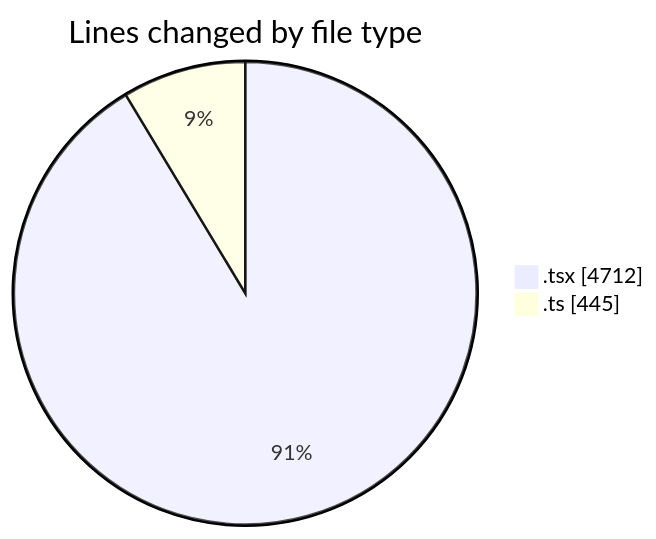
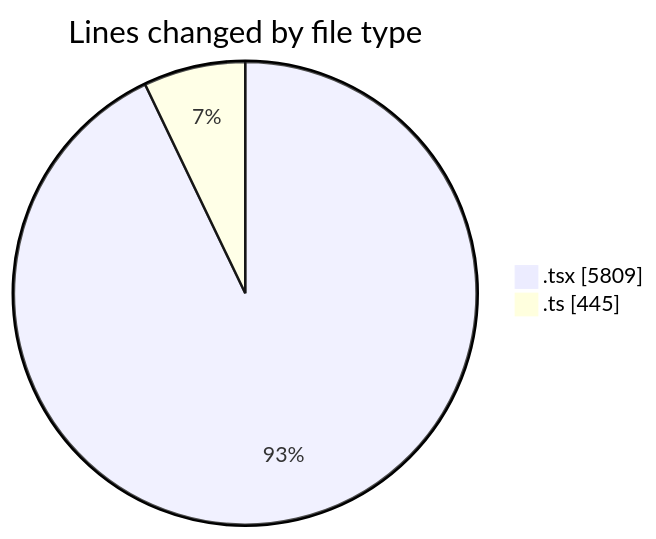
Before and after one commit to momahboobian/code-tracking: the first of 2 diagrams in 2025-09-24/cda/README.md, drawn with Mermaid. The commit also changed other lines of this file and 1 other file, not shown here.

````diff
--- a/2025-09-24/cda/README.md
+++ b/2025-09-24/cda/README.md
@@ -34,6 +34,6 @@
 ```mermaid
 pie showData
 title Lines changed by file type
-".tsx" : 4712
+".tsx" : 5809
 ".ts" : 445
 ```
````
